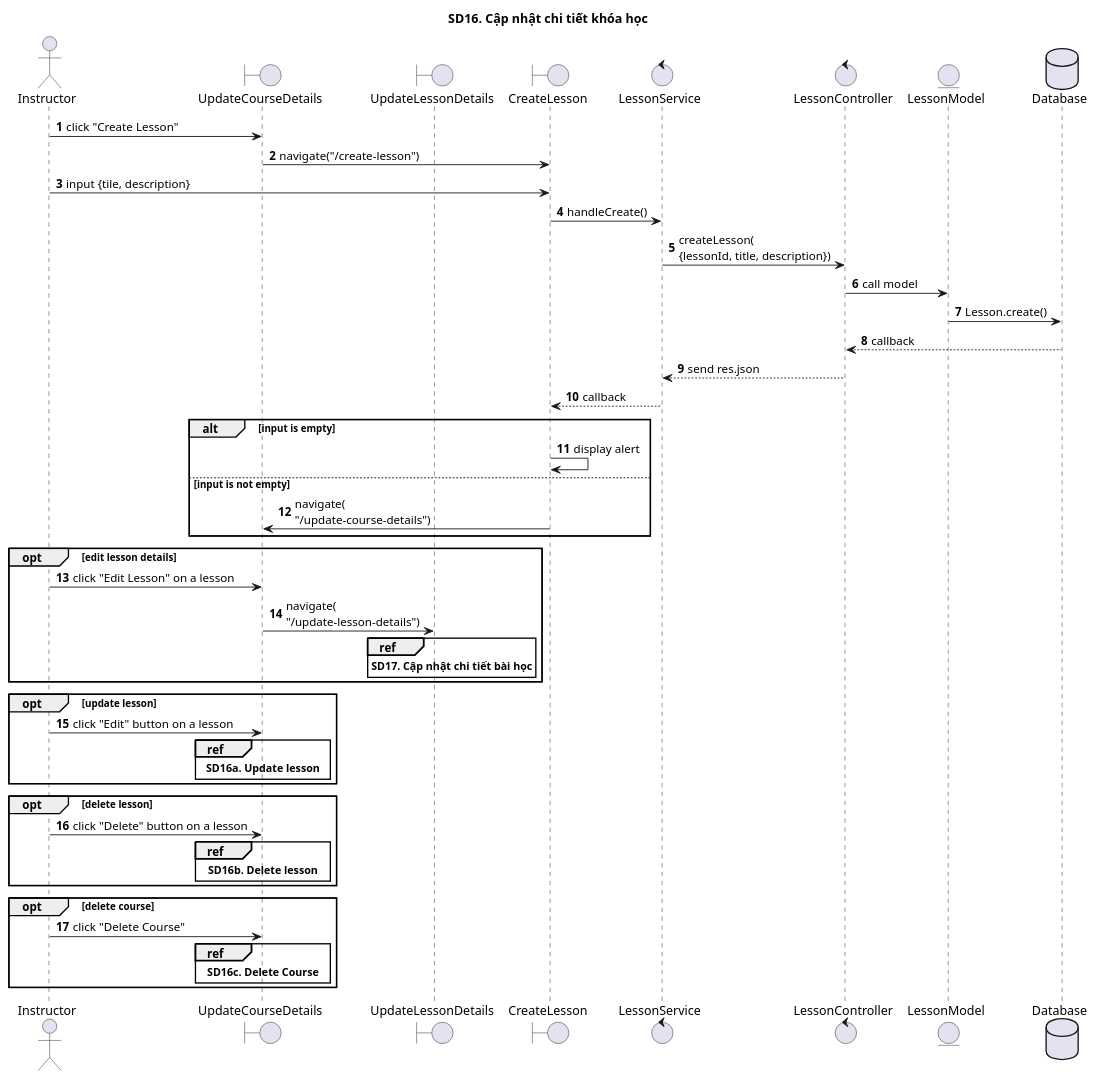
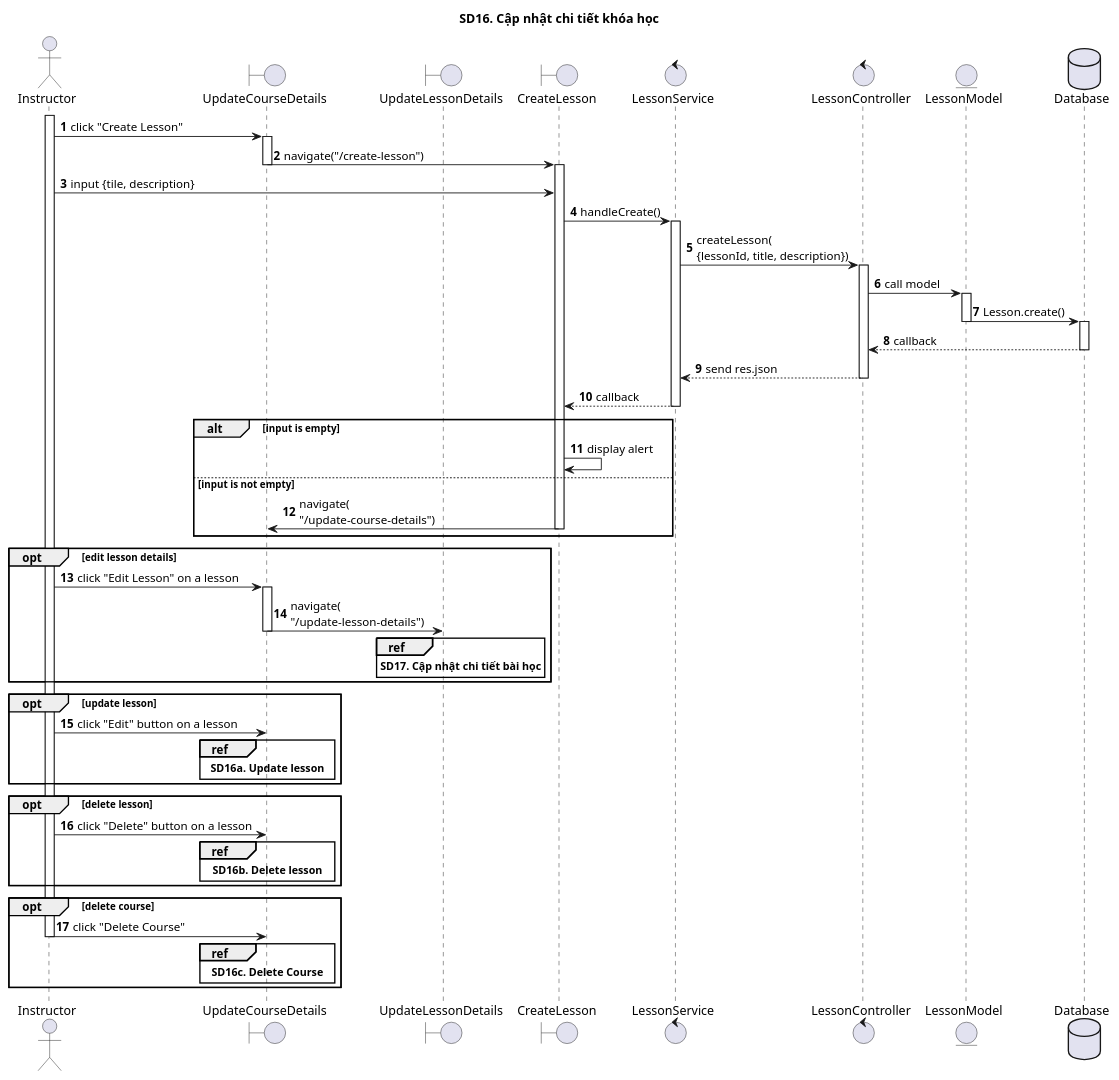
One commit to The-Cookies-Team/UML-Diagrams changed the diagram in SequenceDiagrams/CNPMHDT/New/sd16.puml. Above: the diagram before and after it, drawn with PlantUML. The commit also changed 12 other files, not shown here.

```diff
--- a/SequenceDiagrams/CNPMHDT/New/sd16.puml
+++ b/SequenceDiagrams/CNPMHDT/New/sd16.puml
@@ -1,61 +1,76 @@
 @startuml SQ
 
 autonumber
 
 title SD16. Cập nhật chi tiết khóa học
 
 actor "Instructor"
 boundary "UpdateCourseDetails"
 boundary "UpdateLessonDetails"
 boundary "CreateLesson"
 control "LessonService"
 control "LessonController"
 entity "LessonModel"
 database "Database" as Database
 
+activate Instructor
 Instructor -> UpdateCourseDetails: click "Create Lesson"
+activate UpdateCourseDetails
 UpdateCourseDetails -> CreateLesson: navigate("/create-lesson")
+deactivate UpdateCourseDetails
+activate CreateLesson
 Instructor -> CreateLesson: input {tile, description}
 CreateLesson -> LessonService: handleCreate()
+activate LessonService
 LessonService -> LessonController: createLesson(\n{lessonId, title, description})
+activate LessonController
 LessonController -> LessonModel: call model
+activate LessonModel
 LessonModel -> Database: Lesson.create()
+deactivate LessonModel
+activate Database
 Database --> LessonController: callback
+deactivate Database
 LessonController --> LessonService: send res.json
+deactivate LessonController
 LessonService --> CreateLesson: callback
-
+deactivate LessonService
 alt input is empty
 CreateLesson -> CreateLesson: display alert
 else input is not empty
 CreateLesson -> UpdateCourseDetails: navigate(\n"/update-course-details")
+deactivate CreateLesson
 end
 
 opt edit lesson details
 Instructor -> UpdateCourseDetails: click "Edit Lesson" on a lesson
+activate UpdateCourseDetails
 UpdateCourseDetails -> UpdateLessonDetails: navigate(\n"/update-lesson-details")
+deactivate UpdateCourseDetails
 ref over UpdateLessonDetails
 **SD17. Cập nhật chi tiết bài học**
 end ref
 end
 
 opt update lesson
 Instructor -> UpdateCourseDetails: click "Edit" button on a lesson
 ref over UpdateCourseDetails
 **SD16a. Update lesson**
 end ref
 end
 
 opt delete lesson
 Instructor -> UpdateCourseDetails: click "Delete" button on a lesson
 ref over UpdateCourseDetails
 **SD16b. Delete lesson**
 end ref
 end
 
 opt delete course
 Instructor -> UpdateCourseDetails: click "Delete Course"
 ref over UpdateCourseDetails
 **SD16c. Delete Course**
 end ref
+deactivate Instructor
 end
 @enduml
```
